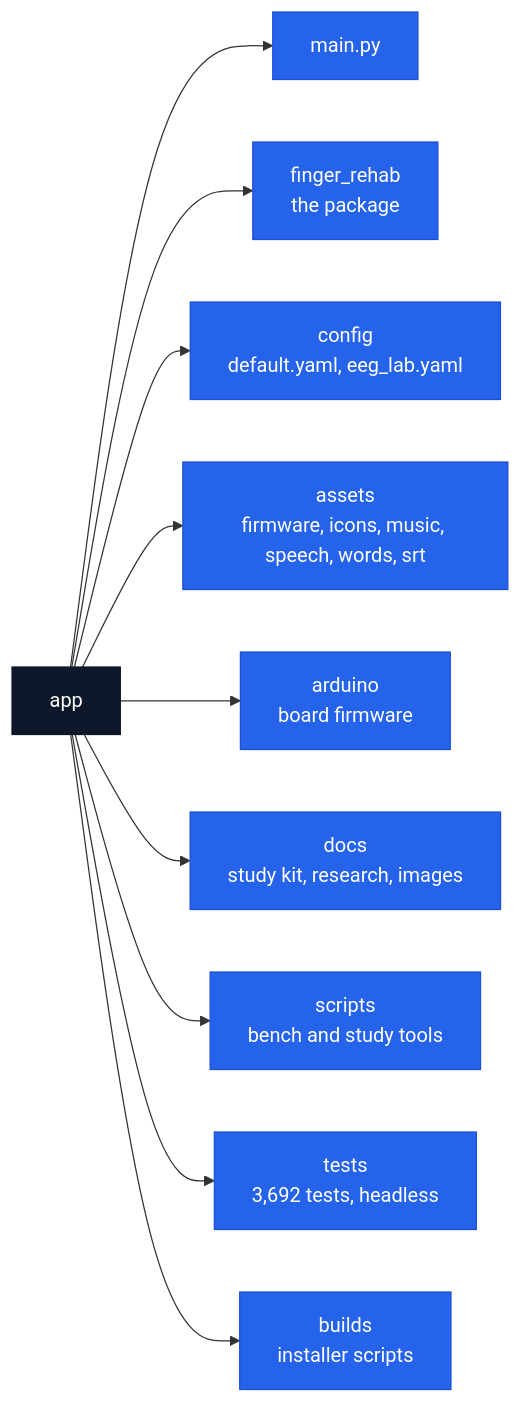
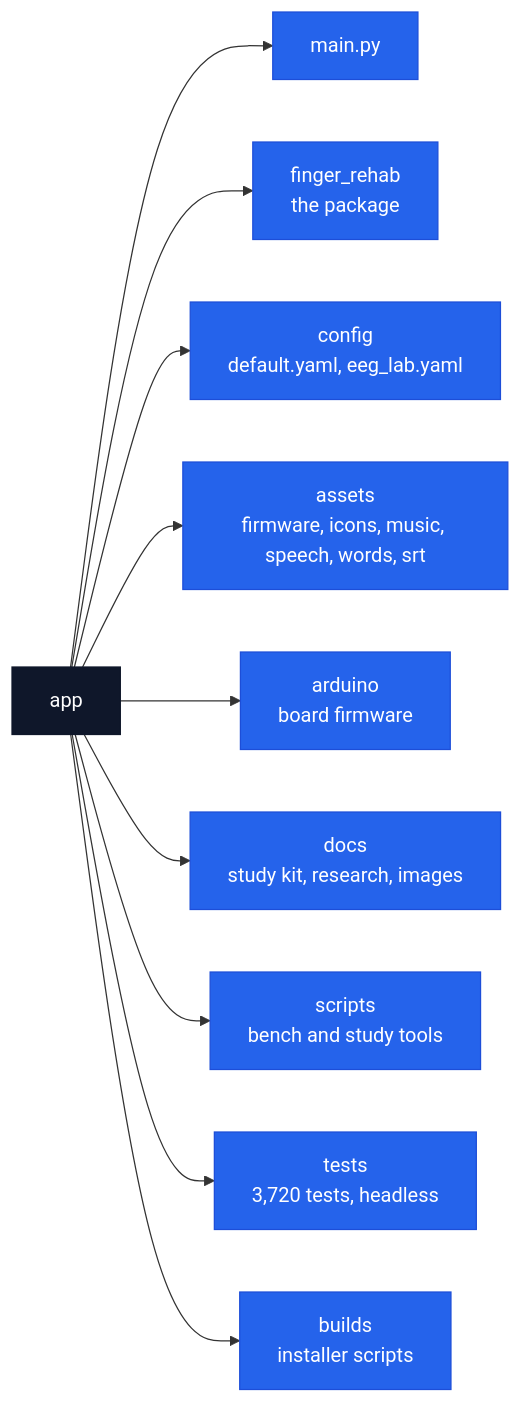
The diagram in app/README.md (basil2fxs/Hand-Rehab-Thesis), drawn with Mermaid before and after one commit. The commit also changed other lines of this file and 70 other files, not shown here.

````diff
--- a/app/README.md
+++ b/app/README.md
@@ -5,15 +5,15 @@
 ```mermaid
 flowchart LR
   A["app"]:::root
   A --> M["main.py"]:::top
   A --> F["finger_rehab<br>the package"]:::top
   A --> C["config<br>default.yaml, eeg_lab.yaml"]:::top
   A --> S["assets<br>firmware, icons, music, speech, words, srt"]:::top
   A --> R["arduino<br>board firmware"]:::top
   A --> D["docs<br>study kit, research, images"]:::top
   A --> P["scripts<br>bench and study tools"]:::top
-  A --> T["tests<br>3,692 tests, headless"]:::top
+  A --> T["tests<br>3,720 tests, headless"]:::top
   A --> B["builds<br>installer scripts"]:::top
   classDef root fill:#0f172a,color:#fff,stroke:#0f172a
   classDef top fill:#2563eb,color:#fff,stroke:#1d4ed8
 ```
````
